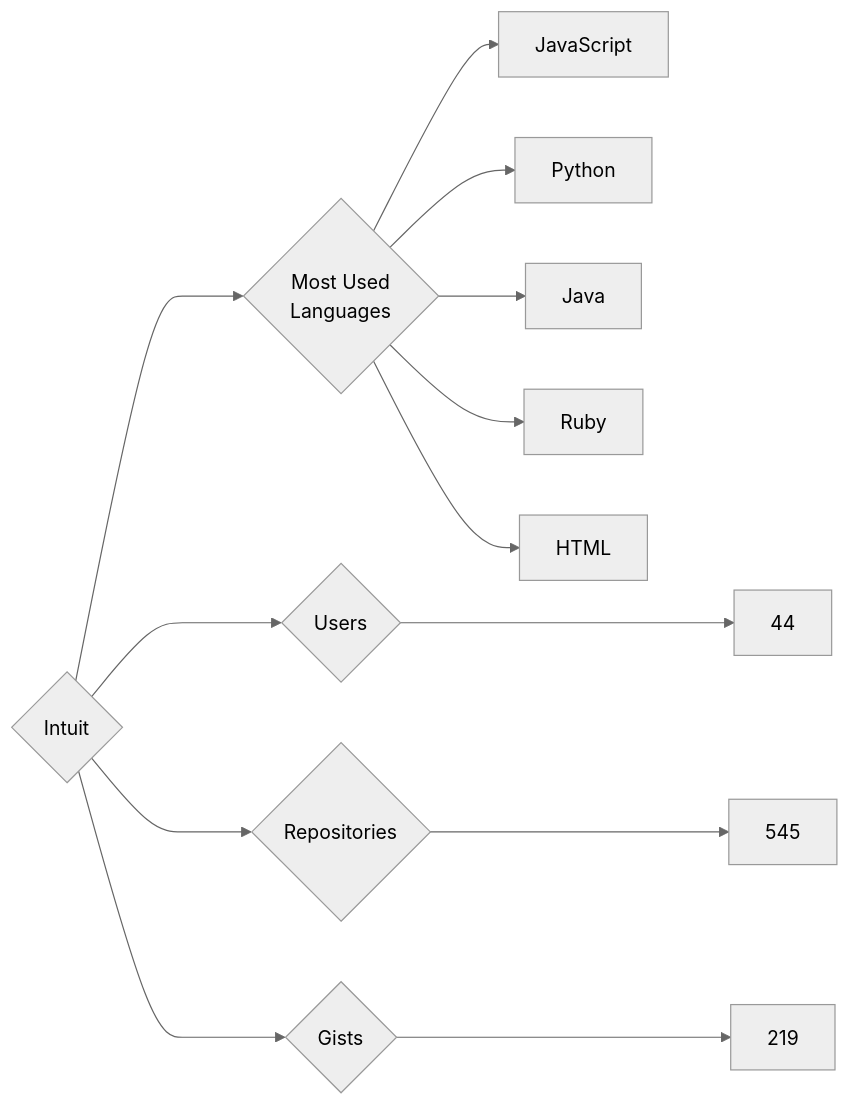
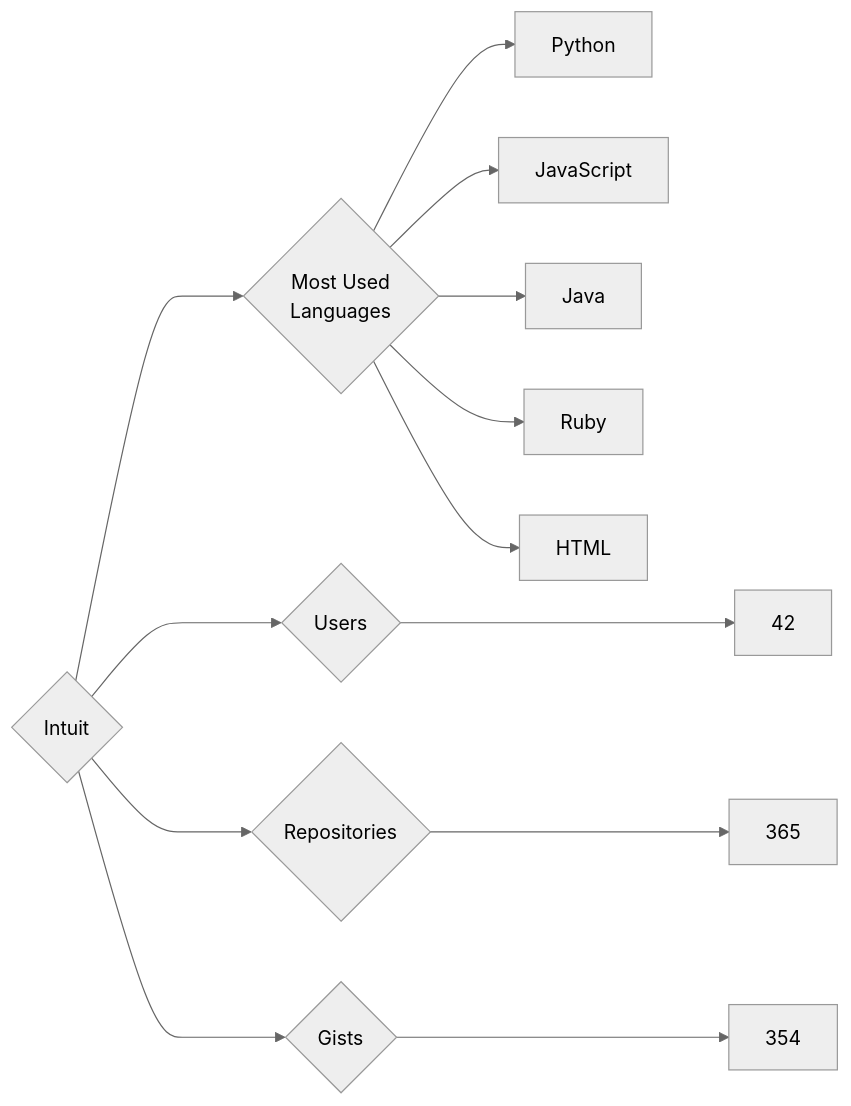
The diagram in targets/Intuit/README.md (trickest/insiders), drawn with Mermaid (neutral theme) before and after one commit. The commit also changed 984 other files, not shown here.

````diff
--- a/targets/Intuit/README.md
+++ b/targets/Intuit/README.md
@@ -3,13 +3,13 @@
 ```mermaid
 graph LR
 COMPANY_NAME{Intuit}
-COMPANY_NAME ---> U{Users} ---> UN[44]
-COMPANY_NAME ---> R{Repositories} ---> RN[545]
-COMPANY_NAME ---> G{Gists} ---> GN[219]
+COMPANY_NAME ---> U{Users} ---> UN[42]
+COMPANY_NAME ---> R{Repositories} ---> RN[365]
+COMPANY_NAME ---> G{Gists} ---> GN[354]
 COMPANY_NAME ---> ML{Most Used<br>Languages}
+ML --> Python[Python]
 ML --> JavaScript[JavaScript]
-ML --> Python[Python]
 ML --> Java[Java]
 ML --> Ruby[Ruby]
 ML --> HTML[HTML]
 ```
````
